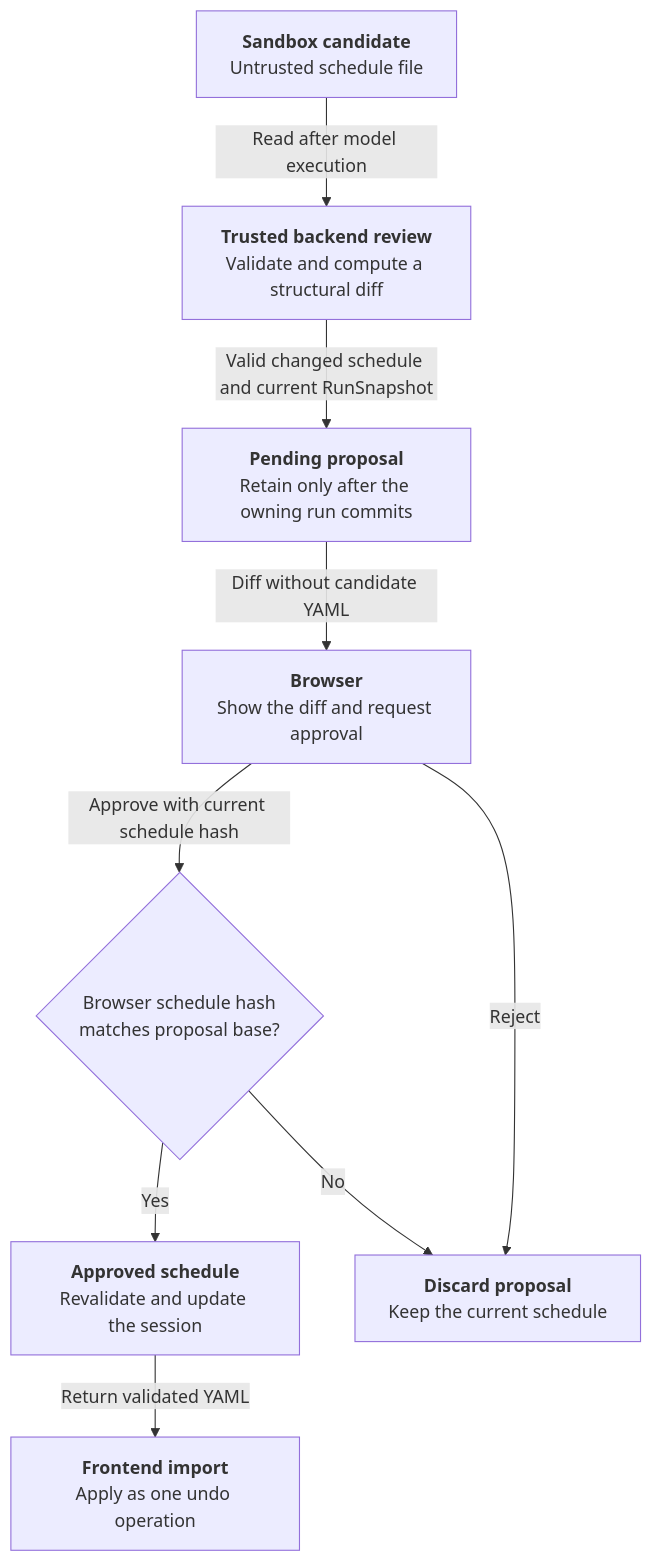
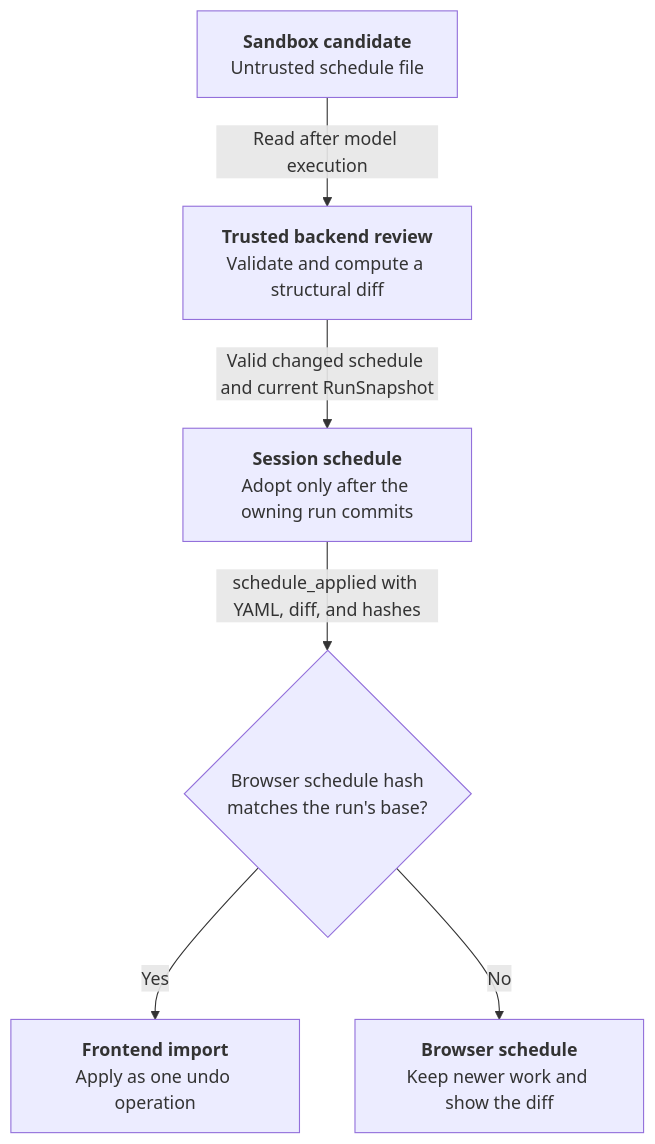
The sixth of 6 diagrams in docs/content/developer-guide/ai-assistant.md (j3soon/nurse-scheduling), drawn with Mermaid before and after one commit. The commit also changed other lines of this file and 72 other files, not shown here.

First line of the commit message:
feat(ai): apply validated schedule changes automatically

````diff
--- a/docs/content/developer-guide/ai-assistant.md
+++ b/docs/content/developer-guide/ai-assistant.md
@@ -530,19 +528,14 @@
 ```mermaid
 flowchart TB
     Candidate["<b>Sandbox candidate</b><br/>Untrusted schedule file"]
     Validation["<b>Trusted backend review</b><br/>Validate and compute a structural diff"]
-    Pending["<b>Pending proposal</b><br/>Retain only after the owning run commits"]
-    Browser["<b>Browser</b><br/>Show the diff and request approval"]
-    Base{"Browser schedule hash<br/>matches proposal base?"}
-    Approved["<b>Approved schedule</b><br/>Revalidate and update the session"]
+    Session["<b>Session schedule</b><br/>Adopt only after the owning run commits"]
+    Base{"Browser schedule hash<br/>matches the run's base?"}
     Import["<b>Frontend import</b><br/>Apply as one undo operation"]
-    Discard["<b>Discard proposal</b><br/>Keep the current schedule"]
+    Keep["<b>Browser schedule</b><br/>Keep newer work and show the diff"]
     Candidate -->|Read after model execution| Validation
-    Validation -->|Valid changed schedule and current RunSnapshot| Pending
-    Pending -->|Diff without candidate YAML| Browser
-    Browser -->|Approve with current schedule hash| Base
-    Base -->|Yes| Approved
-    Approved -->|Return validated YAML| Import
-    Base -->|No| Discard
-    Browser -->|Reject| Discard
+    Validation -->|Valid changed schedule and current RunSnapshot| Session
+    Session -->|schedule_applied with YAML, diff, and hashes| Base
+    Base -->|Yes| Import
+    Base -->|No| Keep
 ```
````
